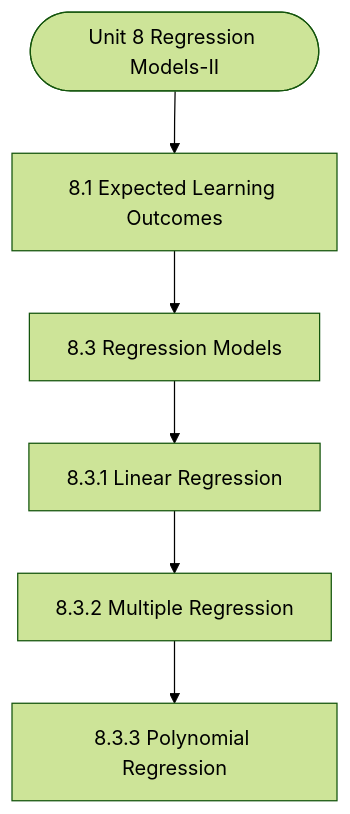
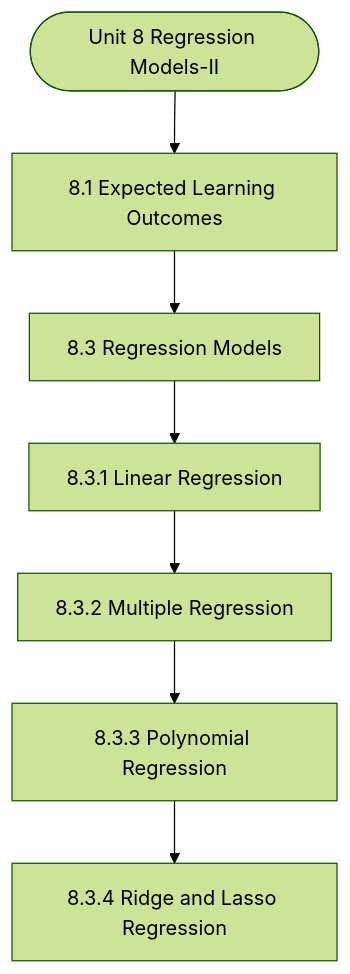
The diagram in notes/Semester_2/MCS-068_Predictive_Data_Analysis/unit_08_Regression_Models-II.md (Asutosh-Coaching/mscdsa), drawn with Mermaid (forest theme) before and after one commit. The commit also changed other lines of this file and 116 other files, not shown here.

````diff
--- a/notes/Semester_2/MCS-068_Predictive_Data_Analysis/unit_08_Regression_Models-II.md
+++ b/notes/Semester_2/MCS-068_Predictive_Data_Analysis/unit_08_Regression_Models-II.md
@@ -19,14 +19,16 @@
 ```mermaid
 flowchart TD
   Start(["Unit 8 Regression Models-II"])
   N1["8.1 Expected Learning Outcomes"]
   N2["8.3 Regression Models"]
   N3["8.3.1 Linear Regression"]
   N4["8.3.2 Multiple Regression"]
   N5["8.3.3 Polynomial Regression"]
+  N6["8.3.4 Ridge and Lasso Regression"]
   Start --> N1
   N1 --> N2
   N2 --> N3
   N3 --> N4
   N4 --> N5
+  N5 --> N6
 ```
````
